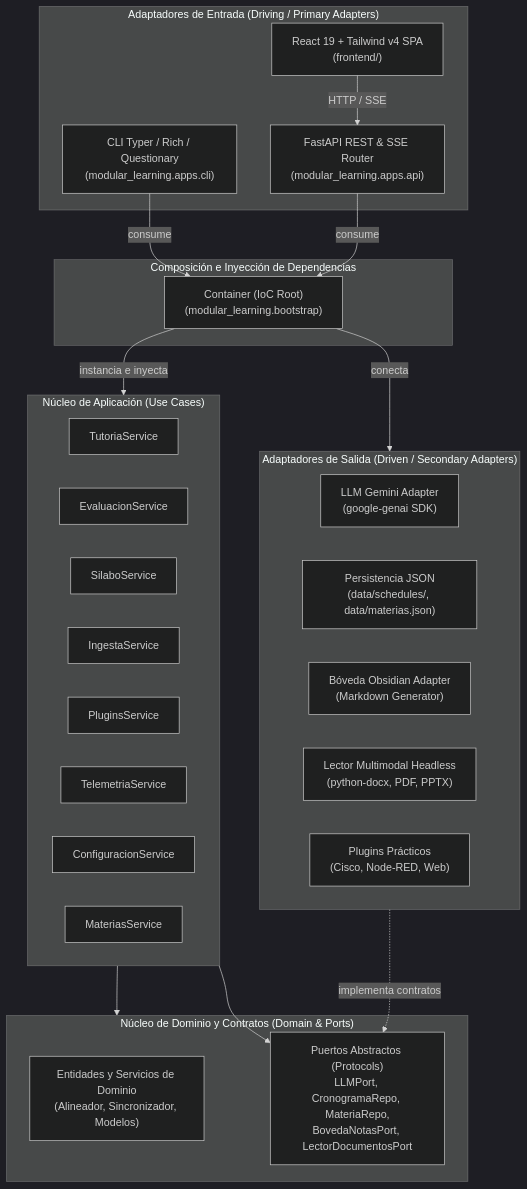
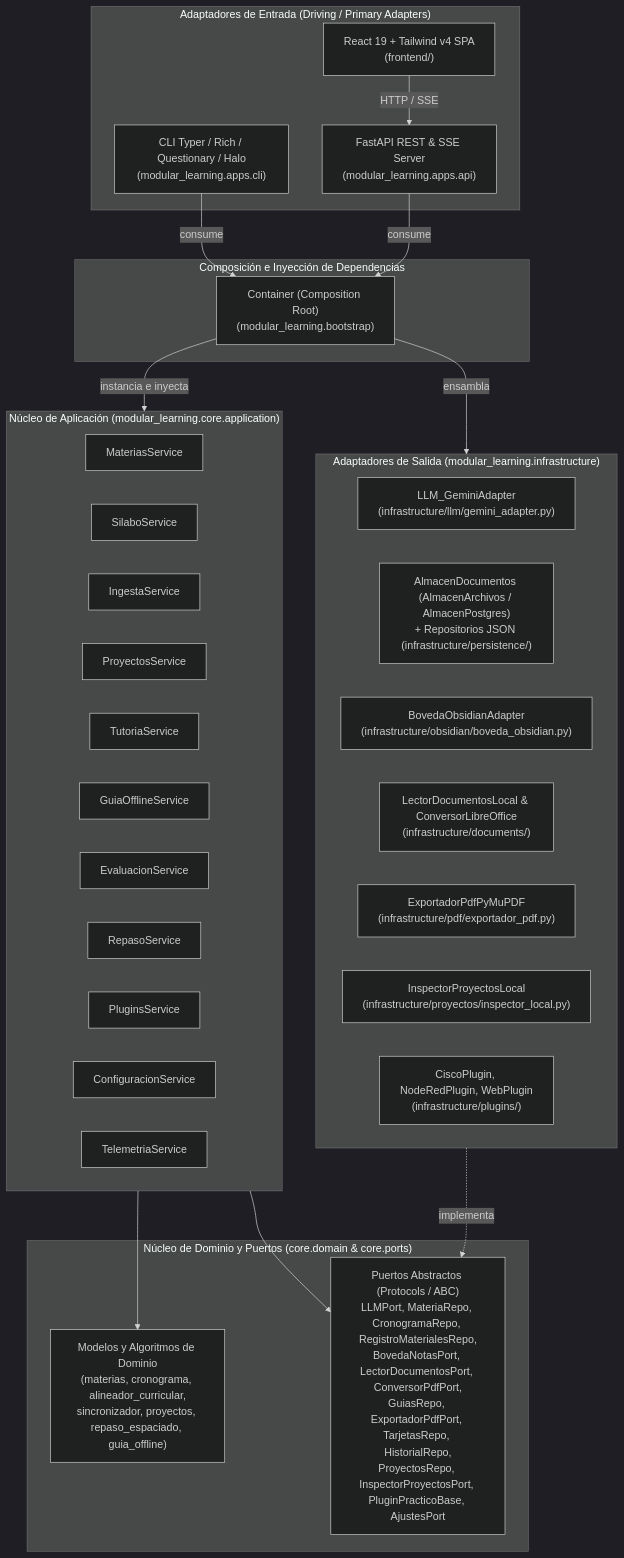
Before and after one commit to tcuenca1/modular-learning: the diagram in docs/ARCHITECTURE.md, drawn with Mermaid (dark theme). The commit also changed other lines of this file and 7 other files, not shown here.

````diff
--- a/docs/ARCHITECTURE.md
+++ b/docs/ARCHITECTURE.md
@@ -11,47 +11,52 @@
 ```mermaid
 graph TD
     subgraph Adaptadores_Entrada ["Adaptadores de Entrada (Driving / Primary Adapters)"]
-        CLI["CLI Typer / Rich / Questionary<br/>(modular_learning.apps.cli)"]
-        WebAPI["FastAPI REST & SSE Router<br/>(modular_learning.apps.api)"]
+        CLI["CLI Typer / Rich / Questionary / Halo<br/>(modular_learning.apps.cli)"]
+        WebAPI["FastAPI REST & SSE Server<br/>(modular_learning.apps.api)"]
         FrontendSPA["React 19 + Tailwind v4 SPA<br/>(frontend/)"]
         FrontendSPA -->|HTTP / SSE| WebAPI
     end
 
     subgraph Bootstrap ["Composición e Inyección de Dependencias"]
-        Container["Container (IoC Root)<br/>(modular_learning.bootstrap)"]
+        Container["Container (Composition Root)<br/>(modular_learning.bootstrap)"]
     end
 
-    subgraph Core_Aplicacion ["Núcleo de Aplicación (Use Cases)"]
-        TutoriaSvc["TutoriaService"]
-        EvaluacionSvc["EvaluacionService"]
+    subgraph Core_Aplicacion ["Núcleo de Aplicación (modular_learning.core.application)"]
+        MateriasSvc["MateriasService"]
         SilaboSvc["SilaboService"]
         IngestaSvc["IngestaService"]
+        ProyectosSvc["ProyectosService"]
+        TutoriaSvc["TutoriaService"]
+        GuiaOfflineSvc["GuiaOfflineService"]
+        EvaluacionSvc["EvaluacionService"]
+        RepasoSvc["RepasoService"]
         PluginsSvc["PluginsService"]
+        ConfigSvc["ConfiguracionService"]
         TelemetriaSvc["TelemetriaService"]
-        ConfigSvc["ConfiguracionService"]
-        MateriasSvc["MateriasService"]
     end
 
-    subgraph Core_Dominio ["Núcleo de Dominio y Contratos (Domain & Ports)"]
-        DomainEntities["Entidades y Servicios de Dominio<br/>(Alineador, Sincronizador, Modelos)"]
-        Ports["Puertos Abstractos (Protocols)<br/>LLMPort, CronogramaRepo, MateriaRepo,<br/>BovedaNotasPort, LectorDocumentosPort"]
+    subgraph Core_Dominio ["Núcleo de Dominio y Puertos (core.domain & core.ports)"]
+        DomainEntities["Modelos y Algoritmos de Dominio<br/>(materias, cronograma, alineador_curricular,<br/>sincronizador, proyectos, repaso_espaciado, guia_offline)"]
+        Ports["Puertos Abstractos (Protocols / ABC)<br/>LLMPort, MateriaRepo, CronogramaRepo, RegistroMaterialesRepo,<br/>BovedaNotasPort, LectorDocumentosPort, ConversorPdfPort,<br/>GuiasRepo, ExportadorPdfPort, TarjetasRepo, HistorialRepo,<br/>ProyectosRepo, InspectorProyectosPort, PluginPracticoBase, AjustesPort"]
     end
 
-    subgraph Adaptadores_Salida ["Adaptadores de Salida (Driven / Secondary Adapters)"]
-        GeminiAdapter["LLM Gemini Adapter<br/>(google-genai SDK)"]
-        JsonRepo["Persistencia JSON<br/>(data/schedules/, data/materias.json)"]
-        ObsidianVault["Bóveda Obsidian Adapter<br/>(Markdown Generator)"]
-        DocReader["Lector Multimodal Headless<br/>(python-docx, PDF, PPTX)"]
-        PluginsHw["Plugins Prácticos<br/>(Cisco, Node-RED, Web)"]
+    subgraph Adaptadores_Salida ["Adaptadores de Salida (modular_learning.infrastructure)"]
+        GeminiAdapter["LLM_GeminiAdapter<br/>(infrastructure/llm/gemini_adapter.py)"]
+        Almacen["AlmacenDocumentos (AlmacenArchivos / AlmacenPostgres)<br/>+ Repositorios JSON (infrastructure/persistence/)"]
+        ObsidianVault["BovedaObsidianAdapter<br/>(infrastructure/obsidian/boveda_obsidian.py)"]
+        DocReader["LectorDocumentosLocal & ConversorLibreOffice<br/>(infrastructure/documents/)"]
+        PdfExporter["ExportadorPdfPyMuPDF<br/>(infrastructure/pdf/exportador_pdf.py)"]
+        ProjInspector["InspectorProyectosLocal<br/>(infrastructure/proyectos/inspector_local.py)"]
+        PluginsHw["CiscoPlugin, NodeRedPlugin, WebPlugin<br/>(infrastructure/plugins/)"]
     end
 
     CLI -->|consume| Container
     WebAPI -->|consume| Container
     Container -->|instancia e inyecta| Core_Aplicacion
-    Container -->|conecta| Adaptadores_Salida
+    Container -->|ensambla| Adaptadores_Salida
 
-    Core_Aplicacion --> Core_Dominio
+    Core_Aplicacion --> DomainEntities
     Core_Aplicacion --> Ports
 
-    Adaptadores_Salida -.->|implementa contratos| Ports
+    Adaptadores_Salida -.->|implementa| Ports
 ```
````
